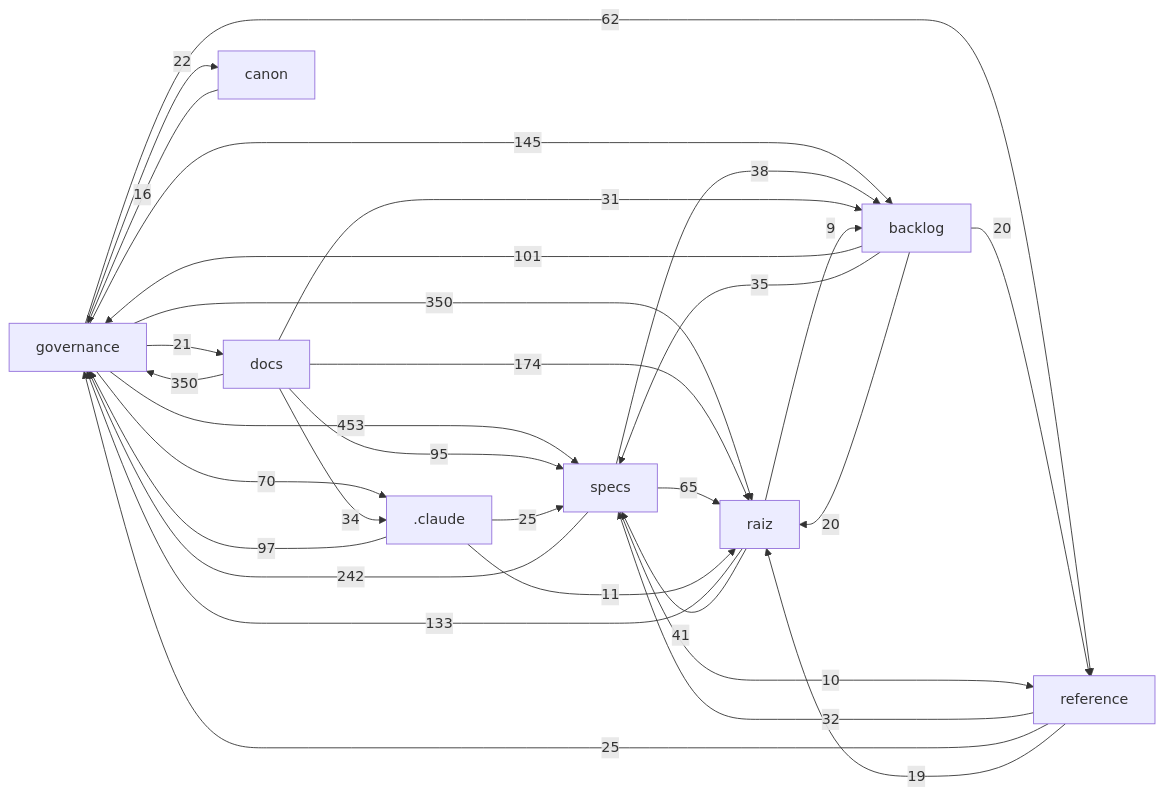
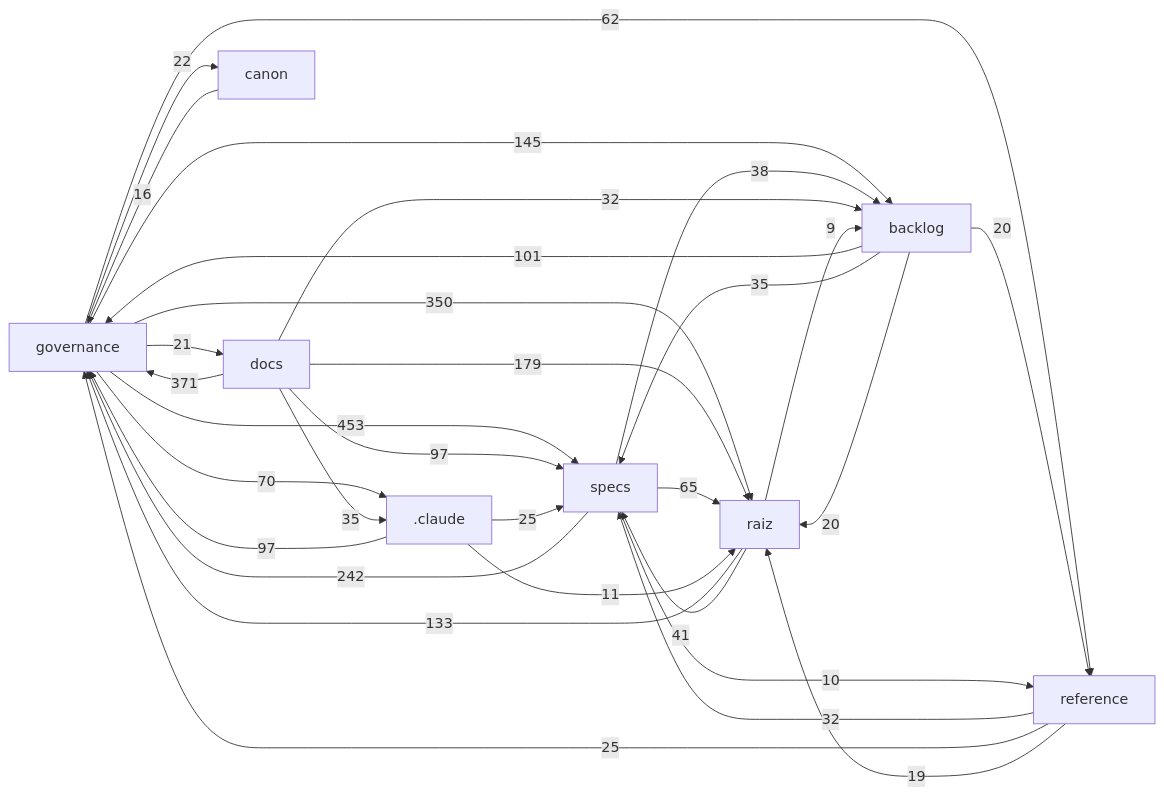
One commit to Andraus35/Sistema-Operacional-de-Trading--SOT changed the diagram in docs/mapa/MAPA-PROJETO.md. Above: the diagram before and after it, drawn with Mermaid. The commit also changed other lines of this file and 4 other files, not shown here.

````diff
--- a/docs/mapa/MAPA-PROJETO.md
+++ b/docs/mapa/MAPA-PROJETO.md
@@ -29,33 +29,33 @@
 ```mermaid
 flowchart LR
   governance["governance"] -->|453| specs["specs"]
-  docs["docs"] -->|350| governance["governance"]
+  docs["docs"] -->|371| governance["governance"]
   governance["governance"] -->|350| raiz["raiz"]
   specs["specs"] -->|242| governance["governance"]
-  docs["docs"] -->|174| raiz["raiz"]
+  docs["docs"] -->|179| raiz["raiz"]
   governance["governance"] -->|145| backlog["backlog"]
   raiz["raiz"] -->|133| governance["governance"]
   backlog["backlog"] -->|101| governance["governance"]
   _claude[".claude"] -->|97| governance["governance"]
-  docs["docs"] -->|95| specs["specs"]
+  docs["docs"] -->|97| specs["specs"]
   governance["governance"] -->|70| _claude[".claude"]
   specs["specs"] -->|65| raiz["raiz"]
   governance["governance"] -->|62| reference["reference"]
   raiz["raiz"] -->|41| specs["specs"]
   specs["specs"] -->|38| backlog["backlog"]
   backlog["backlog"] -->|35| specs["specs"]
-  docs["docs"] -->|34| _claude[".claude"]
+  docs["docs"] -->|35| _claude[".claude"]
+  docs["docs"] -->|32| backlog["backlog"]
   reference["reference"] -->|32| specs["specs"]
-  docs["docs"] -->|31| backlog["backlog"]
   _claude[".claude"] -->|25| specs["specs"]
   reference["reference"] -->|25| governance["governance"]
   governance["governance"] -->|22| canon["canon"]
   governance["governance"] -->|21| docs["docs"]
   backlog["backlog"] -->|20| raiz["raiz"]
   backlog["backlog"] -->|20| reference["reference"]
   reference["reference"] -->|19| raiz["raiz"]
   canon["canon"] -->|16| governance["governance"]
   _claude[".claude"] -->|11| raiz["raiz"]
   specs["specs"] -->|10| reference["reference"]
   raiz["raiz"] -->|9| backlog["backlog"]
 ```
````
